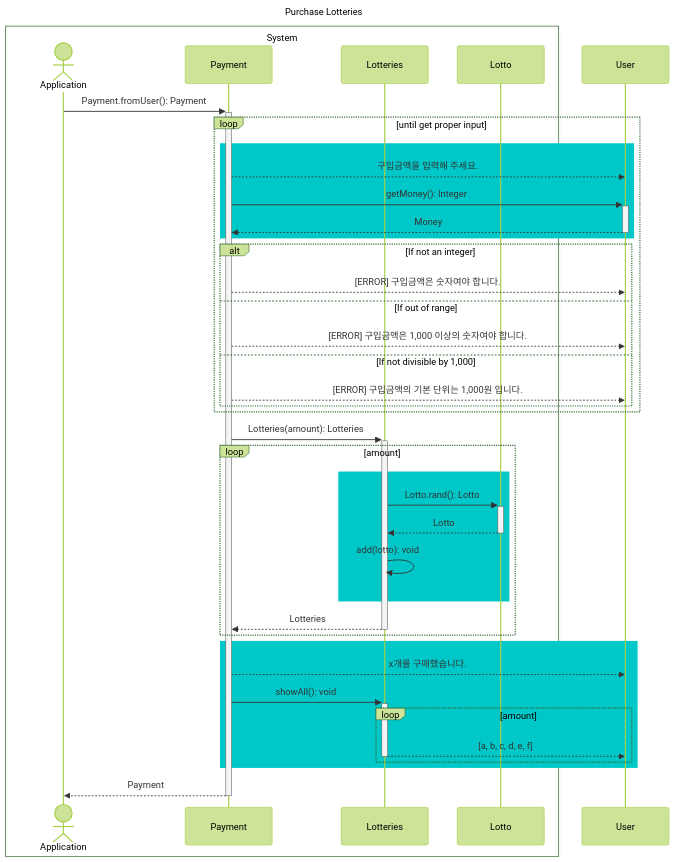
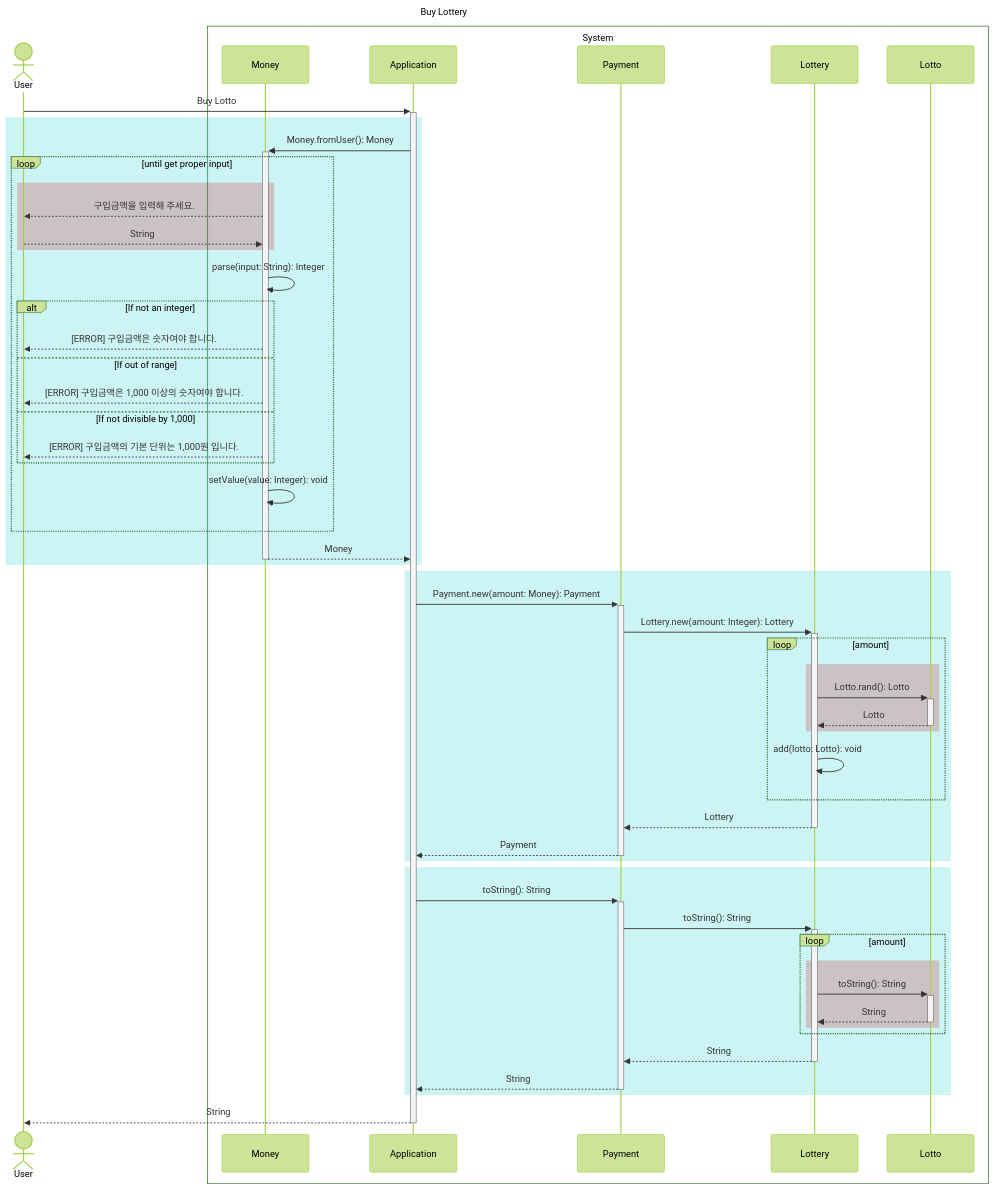
The third of 6 diagrams in docs/README.md (gdsc-konkuk/23-24_study_2nd_java-lotto-6), drawn with Mermaid (forest theme) before and after one commit. The commit also changed other lines of this file, not shown here.

````diff
--- a/docs/README.md
+++ b/docs/README.md
@@ -111,50 +111,67 @@
 ```mermaid
 ---
-title: Purchase Lotteries
+title: Buy Lottery
 ---
 sequenceDiagram
+    actor User
     box System
-        actor Application
+        participant Money
+        participant Application
         participant Payment
-        participant Lotteries
+        participant Lottery
         participant Lotto
     end
-    participant User
-    Application ->>+ Payment: Payment.fromUser(): Payment
 
-    loop until get proper input
-        rect rgb(0, 200, 200)
-            Payment -->> User: 구입금액을 입력해 주세요.
-            Payment ->>+ User: getMoney(): Integer
-            User -->>- Payment: Money
+    User ->>+ Application: Buy Lotto
+    rect rgb(0, 200, 200, 0.2)
+        Application ->>+ Money: Money.fromUser(): Money
+
+        loop until get proper input
+            rect rgb(200, 0, 0, 0.2)
+                Money -->> User: 구입금액을 입력해 주세요.
+                User -->> Money: String
+            end
+            Money ->> Money: parse(input: String): Integer
+            alt If not an integer
+                Money -->> User: [ERROR] 구입금액은 숫자여야 합니다.
+            else If out of range
+                Money -->> User: [ERROR] 구입금액은 1,000 이상의 숫자여야 합니다.
+            else If not divisible by 1,000
+                Money -->> User: [ERROR] 구입금액의 기본 단위는 1,000원 입니다.
+            end
+            Money ->> Money: setValue(value: Integer): void
         end
 
-        alt If not an integer
-            Payment -->> User: [ERROR] 구입금액은 숫자여야 합니다.
-        else If out of range
-            Payment -->> User: [ERROR] 구입금액은 1,000 이상의 숫자여야 합니다.
-        else If not divisible by 1,000
-            Payment -->> User: [ERROR] 구입금액의 기본 단위는 1,000원 입니다.
-        end
+        Money -->>- Application: Money
     end
 
-    Payment ->>+ Lotteries: Lotteries(amount): Lotteries
-    loop amount
-        rect rgb(0, 200, 200)
-            Lotteries ->>+ Lotto: Lotto.rand(): Lotto
-            Lotto -->>- Lotteries: Lotto
-            Lotteries ->> Lotteries: add(lotto): void
+    rect rgb(0, 200, 200, 0.2)
+        Application ->>+ Payment: Payment.new(amount: Money): Payment
+        Payment ->>+ Lottery: Lottery.new(amount: Integer): Lottery
+
+        loop amount
+            rect rgb(200, 0, 000, 0.2)
+                Lottery ->>+ Lotto: Lotto.rand(): Lotto
+                Lotto -->>- Lottery: Lotto
+            end
+            Lottery ->> Lottery: add(lotto: Lotto): void
         end
-        Lotteries -->>- Payment: Lotteries
+
+        Lottery -->>- Payment: Lottery
+        Payment -->>- Application: Payment
     end
 
-    rect rgb(0, 200, 200)
-        Payment -->> User: x개를 구매했습니다.
-        Payment ->>+ Lotteries: showAll(): void
+    rect rgb(0, 200, 200, 0.2)
+        Application ->>+ Payment: toString(): String
+        Payment ->>+ Lottery: toString(): String
         loop amount
-            Lotteries -->>- User: [a, b, c, d, e, f]
+            rect rgb(200, 0, 000, 0.2)
+                Lottery ->>+ Lotto: toString(): String
+                Lotto -->>- Lottery: String
+            end
         end
+        Lottery -->>- Payment: String
+        Payment -->>- Application: String
     end
-
-    Payment -->>- Application: Payment
+    Application -->>- User: String
 ```
````
